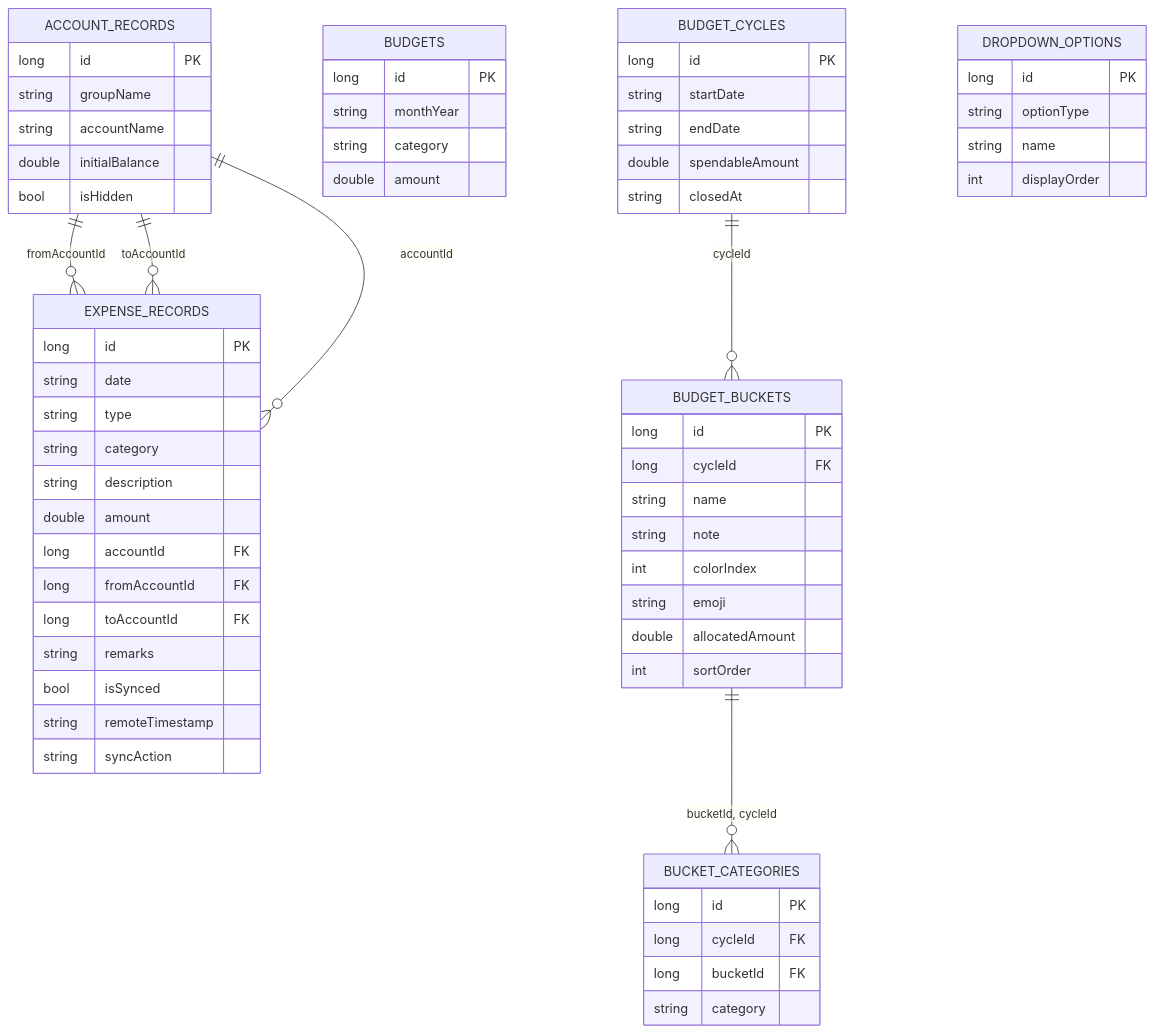
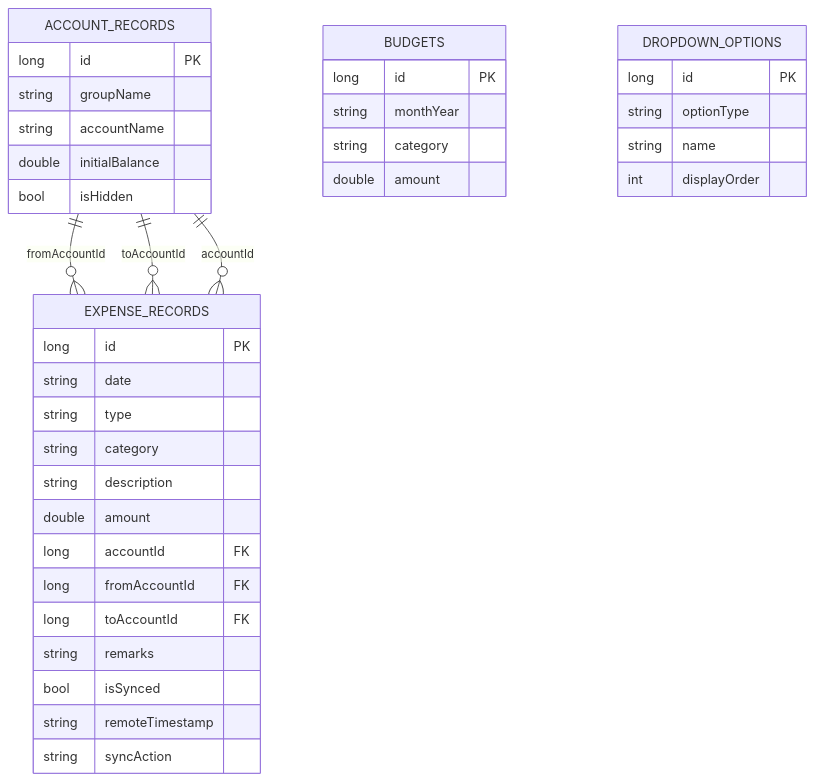
One commit to issaczerubbabela/L-Edgar changed the fourth of 5 diagrams in docs/ARCHITECTURE.md. Above: the diagram before and after it, drawn with Mermaid. The commit also changed other lines of this file and 78 other files, not shown here.

First line of the commit message:
Revert the unreleased bucket-budget merge from main

````diff
--- a/docs/ARCHITECTURE.md
+++ b/docs/ARCHITECTURE.md
@@ -167,73 +161,44 @@
 ```mermaid
 erDiagram
     ACCOUNT_RECORDS ||--o{ EXPENSE_RECORDS : fromAccountId
     ACCOUNT_RECORDS ||--o{ EXPENSE_RECORDS : toAccountId
     ACCOUNT_RECORDS ||--o{ EXPENSE_RECORDS : accountId
 
     ACCOUNT_RECORDS {
         long id PK
         string groupName
         string accountName
         double initialBalance
         bool isHidden
     }
 
     EXPENSE_RECORDS {
         long id PK
         string date
         string type
         string category
         string description
         double amount
         long accountId FK
         long fromAccountId FK
         long toAccountId FK
         string remarks
         bool isSynced
         string remoteTimestamp
         string syncAction
     }
 
     BUDGETS {
         long id PK
         string monthYear
         string category
         double amount
     }
 
-    BUDGET_CYCLES ||--o{ BUDGET_BUCKETS : cycleId
-    BUDGET_BUCKETS ||--o{ BUCKET_CATEGORIES : "bucketId, cycleId"
-
-    BUDGET_CYCLES {
-        long id PK
-        string startDate
-        string endDate
-        double spendableAmount
-        string closedAt
-    }
-
-    BUDGET_BUCKETS {
-        long id PK
-        long cycleId FK
-        string name
-        string note
-        int colorIndex
-        string emoji
-        double allocatedAmount
-        int sortOrder
-    }
-
-    BUCKET_CATEGORIES {
-        long id PK
-        long cycleId FK
-        long bucketId FK
-        string category
-    }
-
     DROPDOWN_OPTIONS {
         long id PK
         string optionType
         string name
         int displayOrder
     }
 ```
````
